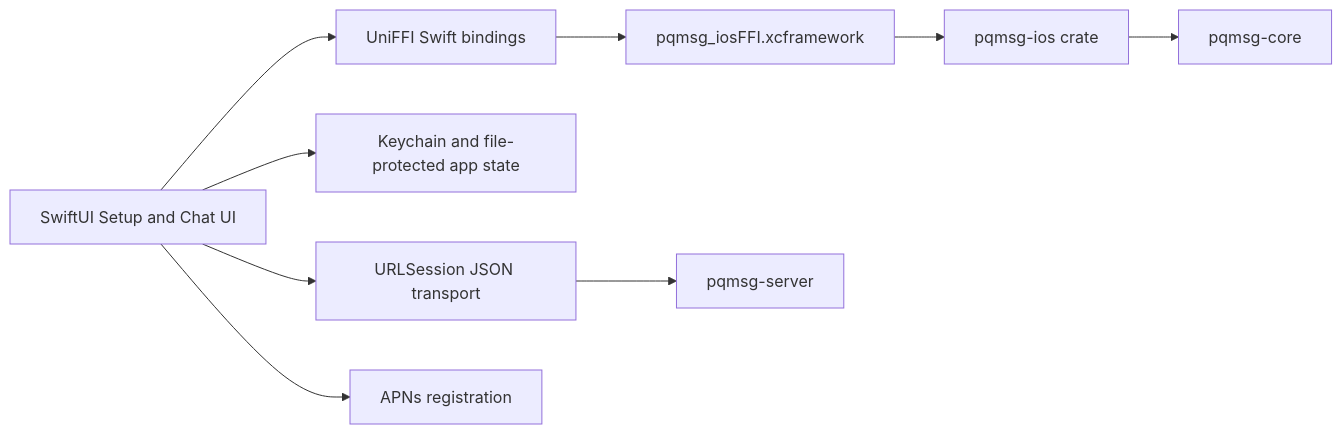
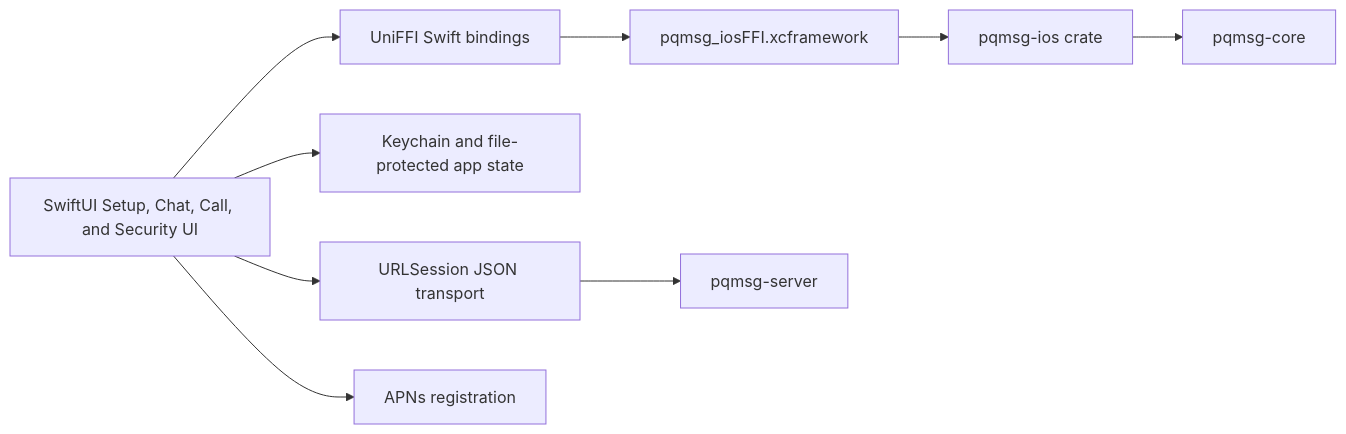
Before and after one commit to ErenAri/post-quantum-messaging-app: the diagram in docs/IOS.md, drawn with Mermaid. The commit also changed other lines of this file and 73 other files, not shown here.

````diff
--- a/docs/IOS.md
+++ b/docs/IOS.md
@@ -9,11 +9,11 @@
 ```mermaid
 flowchart LR
-    UI[SwiftUI Setup and Chat UI] --> NET[URLSession JSON transport]
+    UI[SwiftUI Setup, Chat, Call, and Security UI] --> NET[URLSession JSON transport]
     UI --> STORE[Keychain and file-protected app state]
     UI --> SWIFT[UniFFI Swift bindings]
     SWIFT --> XC[pqmsg_iosFFI.xcframework]
     XC --> RUST[pqmsg-ios crate]
     RUST --> CORE[pqmsg-core]
     NET --> SRV[pqmsg-server]
     UI --> APNS[APNs registration]
 ```
````
